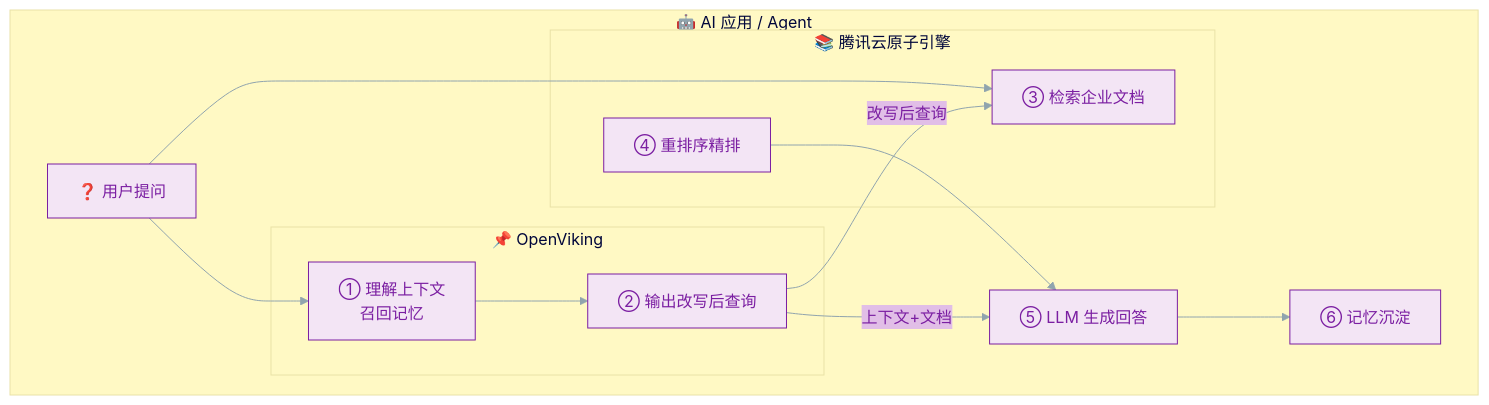
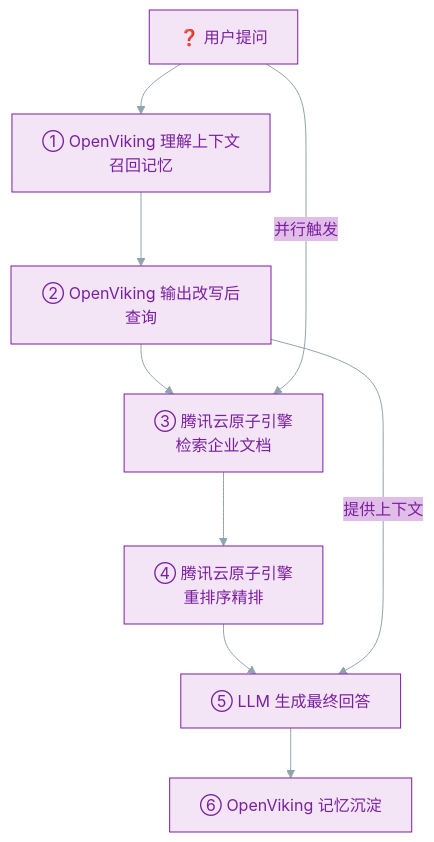
The third of 3 diagrams in content/posts/ai-knowledge-base-rag-tencent-cloud-openviking.md (tanteng/blog), drawn with Mermaid before and after one commit.

Commit message:
style: 协同架构图简化为竖向线性流程

```diff
--- a/content/posts/ai-knowledge-base-rag-tencent-cloud-openviking.md
+++ b/content/posts/ai-knowledge-base-rag-tencent-cloud-openviking.md
@@ -142,28 +142,13 @@
 {{< mermaid >}}
 %%{init: {'theme': 'base', 'themeVariables': {'primaryColor': '#f3e5f5', 'primaryTextColor': '#7b1fa2', 'primaryBorderColor': '#7b1fa2', 'lineColor': '#90a4ae', 'secondaryColor': '#e1bee7', 'tertiaryColor': '#fff9c4'}}}%%
-flowchart TB
-    subgraph AI["🤖 AI 应用 / Agent"]
-        Q["❓ 用户提问"]
-
-        subgraph OV["📌 OpenViking"]
-            OV1["① 理解上下文<br/>召回记忆"]
-            OV2["② 输出改写后查询"]
-        end
-
-        subgraph TE["📚 腾讯云原子引擎"]
-            TE3["③ 检索企业文档"]
-            TE4["④ 重排序精排"]
-        end
-
-        LLM["⑤ LLM 生成回答"]
-        OV3["⑥ 记忆沉淀"]
-    end
-
-    Q --> OV1
-    Q --> TE3
-    OV2 -->|"改写后查询"| TE3
-    OV1 --> OV2
-    TE4 --> LLM
-    OV2 -->|"上下文+文档"| LLM
-    LLM --> OV3
+flowchart TD
+    Q["❓ 用户提问"] --> OV1
+    OV1["① OpenViking 理解上下文<br/>召回记忆"] --> OV2
+    OV2["② OpenViking 输出改写后查询"] --> TE3
+    TE3["③ 腾讯云原子引擎<br/>检索企业文档"] --> TE4
+    TE4["④ 腾讯云原子引擎<br/>重排序精排"] --> LLM
+    LLM["⑤ LLM 生成最终回答"] --> OV3
+    OV3["⑥ OpenViking 记忆沉淀"]
+    Q -->|"并行触发"| TE3
+    OV2 -->|"提供上下文"| LLM
 {{< /mermaid >}}
```
